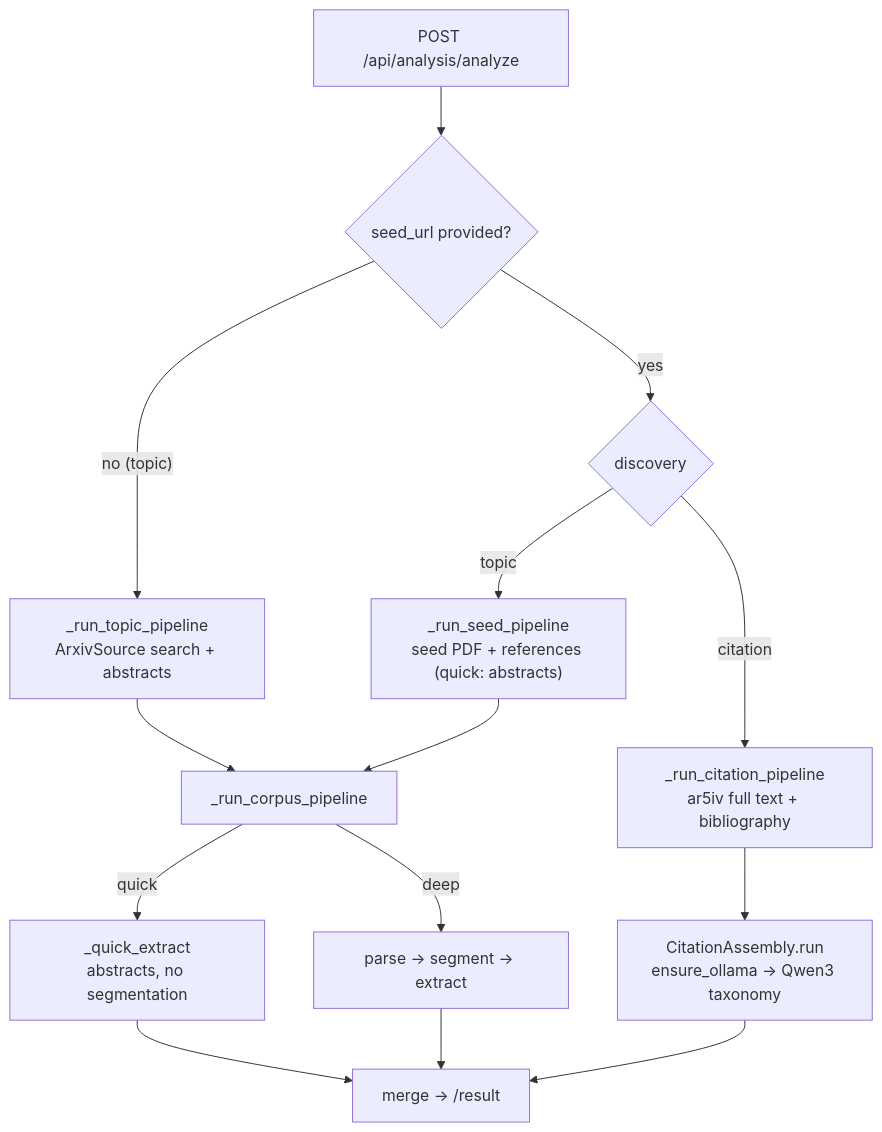
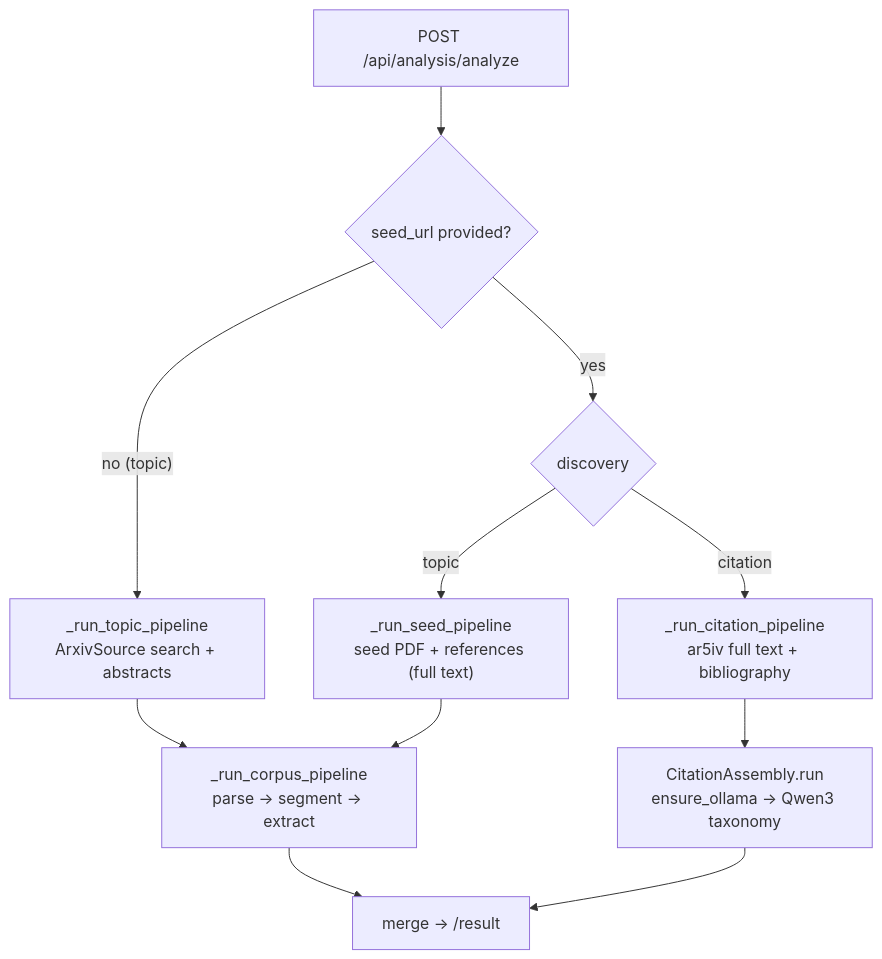
Before and after one commit to AlbertoVilla87/kgraph: the third of 4 diagrams in docs/architecture/runtime.md, drawn with Mermaid. The commit also changed other lines of this file and 10 other files, not shown here.

Commit message:
:fire: Remove quick/abstract mode, keep only deep pipeline (#48)

````diff
--- a/docs/architecture/runtime.md
+++ b/docs/architecture/runtime.md
@@ -129,22 +129,18 @@
 ```mermaid
 flowchart TB
     A["POST /api/analysis/analyze"] --> B{seed_url provided?}
 
     B -- "yes" --> C{discovery}
     B -- "no (topic)" --> T["_run_topic_pipeline<br/>ArxivSource search + abstracts"]
 
-    C -- "topic" --> S["_run_seed_pipeline<br/>seed PDF + references (quick: abstracts)"]
+    C -- "topic" --> S["_run_seed_pipeline<br/>seed PDF + references (full text)"]
     C -- "citation" --> CIT["_run_citation_pipeline<br/>ar5iv full text + bibliography"]
 
     T --> CORP
     S --> CORP
     CIT --> RA["CitationAssembly.run<br/>ensure_ollama → Qwen3 taxonomy"]
 
-    CORP["_run_corpus_pipeline"]
-    CORP -- "quick" --> Q["_quick_extract<br/>abstracts, no segmentation"]
-    CORP -- "deep" --> DP["parse → segment → extract"]
-
-    Q --> MERGE["merge → /result"]
-    DP --> MERGE
+    CORP["_run_corpus_pipeline<br/>parse → segment → extract"]
+    CORP --> MERGE["merge → /result"]
     RA --> MERGE
 ```
````
